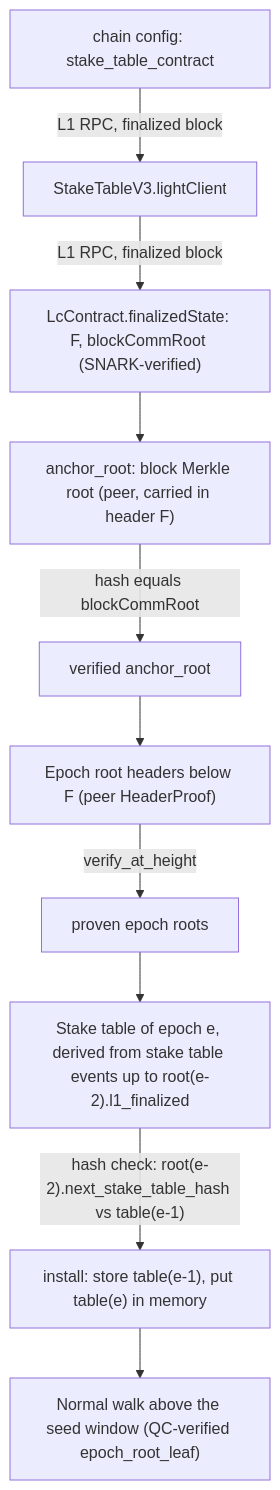
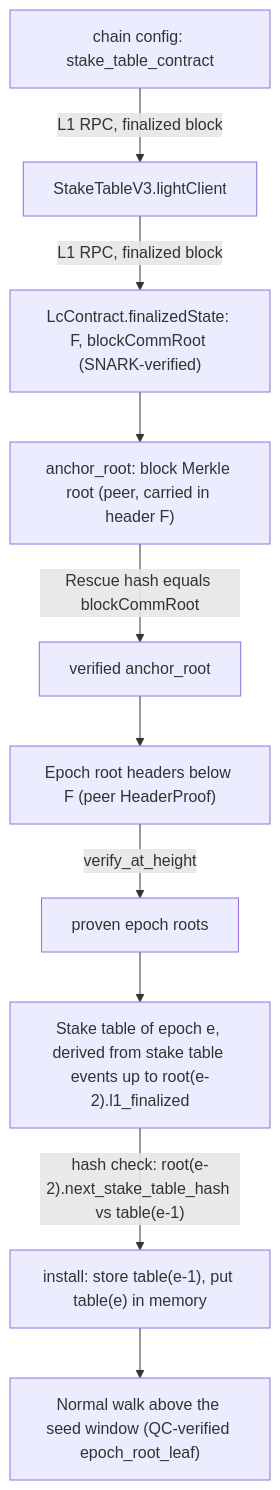
Before and after one commit to EspressoSystems/espresso-network: the diagram in doc/stake-table-catchup-trust-chain.md, drawn with Mermaid. The commit also changed other lines of this file, not shown here.

First line of the commit message:
docs: explain why a peer supplies the block Merkle root at F

````diff
--- a/doc/stake-table-catchup-trust-chain.md
+++ b/doc/stake-table-catchup-trust-chain.md
@@ -59,12 +61,12 @@
 ```mermaid
 flowchart TD
     CC[chain config: stake_table_contract] -->|L1 RPC, finalized block| ST[StakeTableV3.lightClient]
     ST -->|L1 RPC, finalized block| LC["LcContract.finalizedState: F, blockCommRoot (SNARK-verified)"]
     LC --> AR["anchor_root: block Merkle root (peer, carried in header F)"]
-    AR -->|"hash equals blockCommRoot"| AV[verified anchor_root]
+    AR -->|"Rescue hash equals blockCommRoot"| AV[verified anchor_root]
     AV --> P["Epoch root headers below F (peer HeaderProof)"]
     P -->|verify_at_height| R[proven epoch roots]
     R --> T["Stake table of epoch e, derived from stake table events up to root(e-2).l1_finalized"]
     T -->|"hash check: root(e-2).next_stake_table_hash vs table(e-1)"| I["install: store table(e-1), put table(e) in memory"]
     I --> W["Normal walk above the seed window (QC-verified epoch_root_leaf)"]
 ```
````
